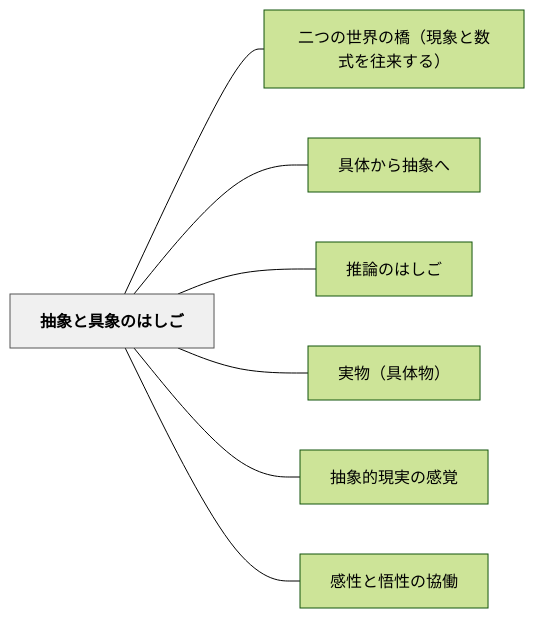
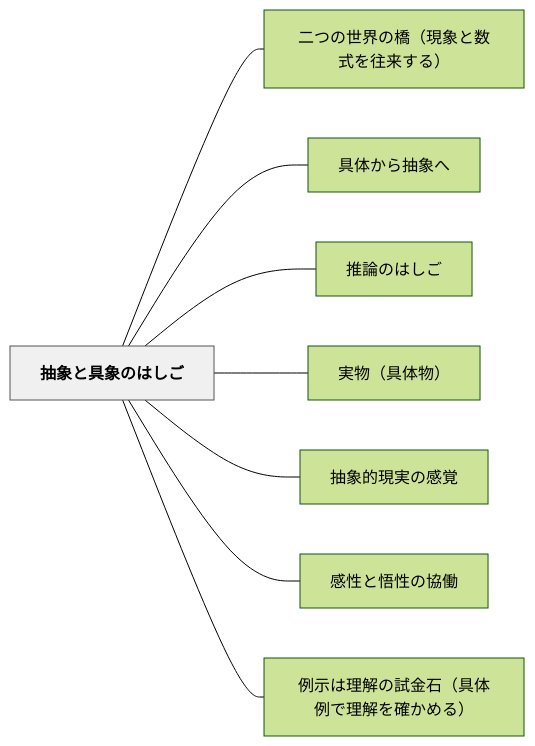
The diagram in content/パタン/抽象と具象のはしご.md (unknownthings-ed-patterns/unknownthings-ed-patterns), drawn with Mermaid (forest theme) before and after one commit. The commit also changed other lines of this file and 2 other files, not shown here.

Commit message:
auto: Obsidianから同期 2026-06-11 04:58

````diff
--- a/content/パタン/抽象と具象のはしご.md
+++ b/content/パタン/抽象と具象のはしご.md
@@ -144,20 +145,22 @@
 ```mermaid
 flowchart LR
     ne68abde8b1a1e381a8e585b7e8b1a1e381aee381afe38197e38194["抽象と具象のはしご"]
     ne4ba8ce381a4e381aee4b896e7958ce381aee6a98befbc88e78fbee8b1a1e381a8e695b0e5bc8fe38292e5be80e69da5e38199e3828befbc89["二つの世界の橋（現象と数式を往来する）"]
     ne585b7e4bd93e3818be38289e68abde8b1a1e381b8["具体から抽象へ"]
     ne68ea8e8ab96e381aee381afe38197e38194["推論のはしご"]
     ne5ae9fe789a9efbc88e585b7e4bd93e789a9efbc89["実物（具体物）"]
     ne68abde8b1a1e79a84e78fbee5ae9fe381aee6849fe8a69a["抽象的現実の感覚"]
     ne6849fe680a7e381a8e6829fe680a7e381aee58d94e5838d["感性と悟性の協働"]
+    ne4be8be7a4bae381afe79086e8a7a3e381aee8a9a6e98791e79fb3efbc88e585b7e4bd93e4be8be381a7e79086e8a7a3e38292e7a2bae3818be38281e3828befbc89["例示は理解の試金石（具体例で理解を確かめる）"]
 
     ne68abde8b1a1e381a8e585b7e8b1a1e381aee381afe38197e38194 --- ne4ba8ce381a4e381aee4b896e7958ce381aee6a98befbc88e78fbee8b1a1e381a8e695b0e5bc8fe38292e5be80e69da5e38199e3828befbc89
     ne68abde8b1a1e381a8e585b7e8b1a1e381aee381afe38197e38194 --- ne585b7e4bd93e3818be38289e68abde8b1a1e381b8
     ne68abde8b1a1e381a8e585b7e8b1a1e381aee381afe38197e38194 --- ne68ea8e8ab96e381aee381afe38197e38194
     ne68abde8b1a1e381a8e585b7e8b1a1e381aee381afe38197e38194 --- ne5ae9fe789a9efbc88e585b7e4bd93e789a9efbc89
     ne68abde8b1a1e381a8e585b7e8b1a1e381aee381afe38197e38194 --- ne68abde8b1a1e79a84e78fbee5ae9fe381aee6849fe8a69a
     ne68abde8b1a1e381a8e585b7e8b1a1e381aee381afe38197e38194 --- ne6849fe680a7e381a8e6829fe680a7e381aee58d94e5838d
+    ne68abde8b1a1e381a8e585b7e8b1a1e381aee381afe38197e38194 --- ne4be8be7a4bae381afe79086e8a7a3e381aee8a9a6e98791e79fb3efbc88e585b7e4bd93e4be8be381a7e79086e8a7a3e38292e7a2bae3818be38281e3828befbc89
 
     classDef hub fill:#f0f0f0,stroke:#555,color:#000,font-weight:bold
     class ne68abde8b1a1e381a8e585b7e8b1a1e381aee381afe38197e38194 hub
 ```
````
